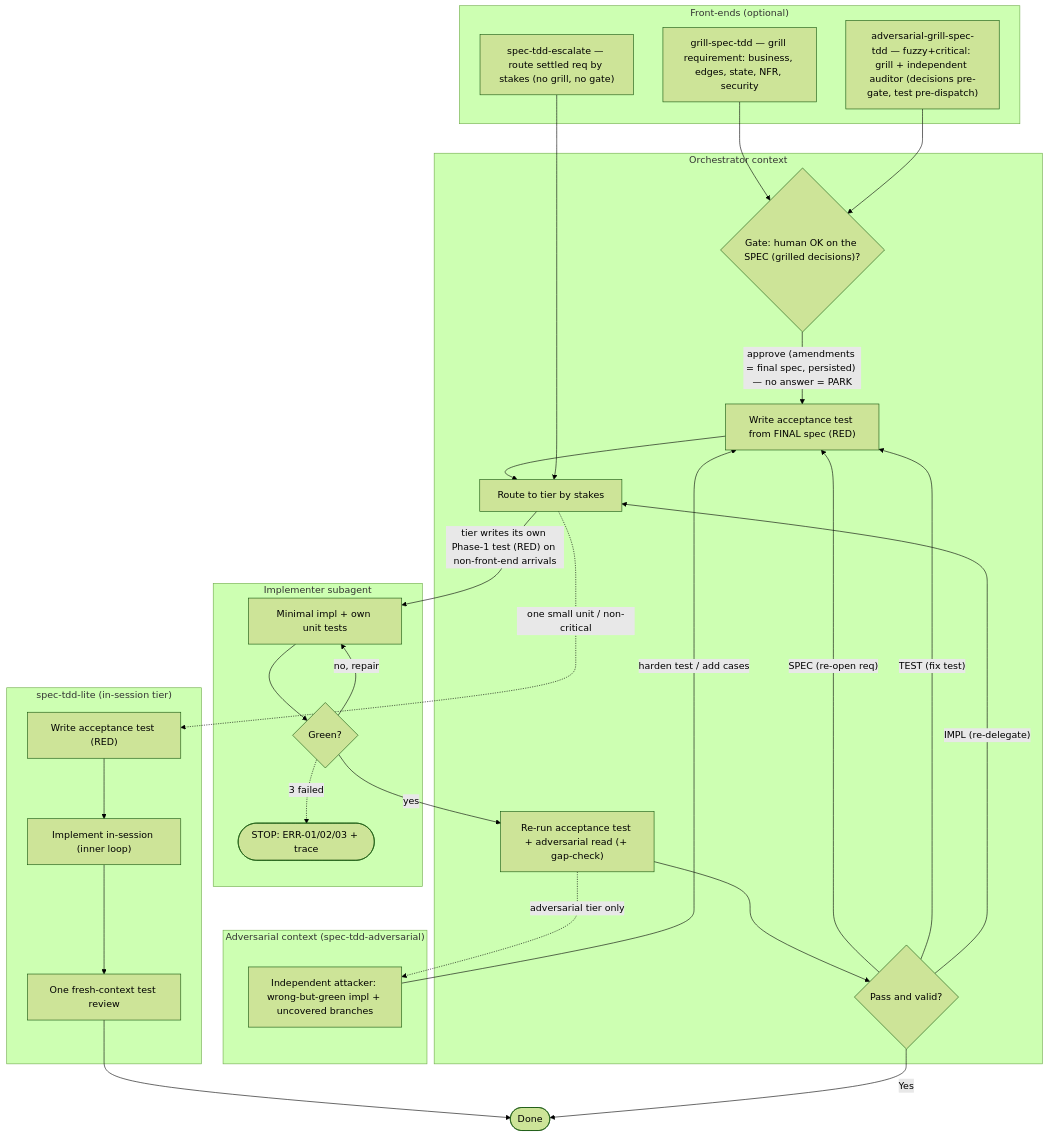
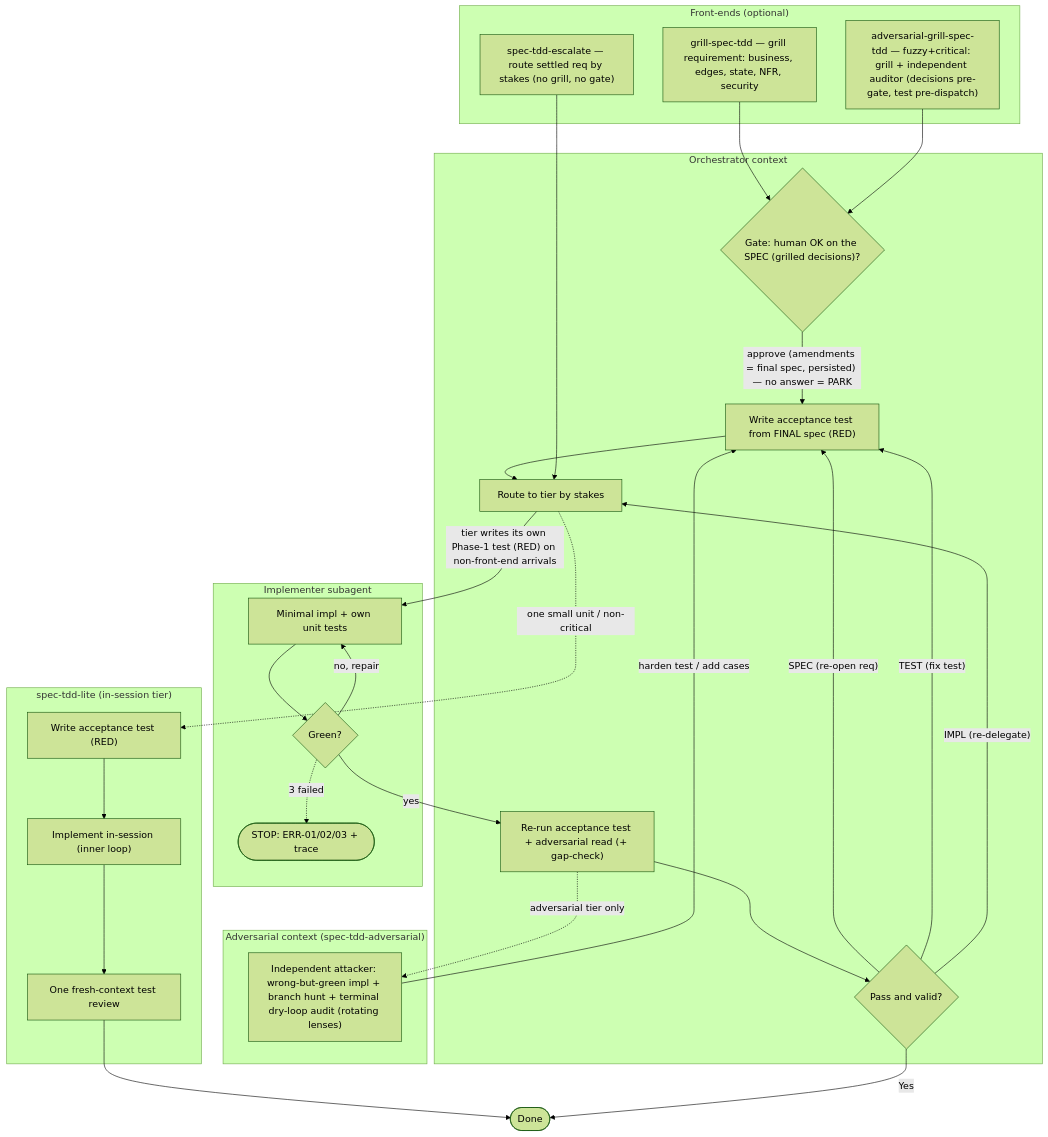
One commit to BenjaminChenLab/spec-tdd-skill changed the second of 2 diagrams in README.md. Above: the diagram before and after it, drawn with Mermaid (forest theme). The commit also changed other lines of this file and 6 other files, not shown here.

````diff
--- a/README.md
+++ b/README.md
@@ -47,54 +47,54 @@
 ```mermaid
 flowchart TD
     subgraph F["Front-ends (optional)"]
         GR["grill-spec-tdd — grill requirement: business, edges, state, NFR, security"]
         AG["adversarial-grill-spec-tdd — fuzzy+critical: grill + independent auditor (decisions pre-gate, test pre-dispatch)"]
         ES["spec-tdd-escalate — route settled req by stakes (no grill, no gate)"]
     end
 
     subgraph O["Orchestrator context"]
         GT{"Gate: human OK on the SPEC (grilled decisions)?"}
         T["Write acceptance test from FINAL spec (RED)"]
         RT["Route to tier by stakes"]
         V["Re-run acceptance test + adversarial read (+ gap-check)"]
         P{"Pass and valid?"}
     end
 
     subgraph I["Implementer subagent"]
         IM["Minimal impl + own unit tests"]
         IC{"Green?"}
         ERR(["STOP: ERR-01/02/03 + trace"])
     end
 
     subgraph ADV["Adversarial context (spec-tdd-adversarial)"]
-        ATK["Independent attacker: wrong-but-green impl + uncovered branches"]
+        ATK["Independent attacker: wrong-but-green impl + branch hunt + terminal dry-loop audit (rotating lenses)"]
     end
 
     subgraph LT["spec-tdd-lite (in-session tier)"]
         LT1["Write acceptance test (RED)"]
         LT2["Implement in-session (inner loop)"]
         LT3["One fresh-context test review"]
     end
 
     GR --> GT
     AG --> GT
     GT -->|"approve (amendments = final spec, persisted) — no answer = PARK"| T
     T --> RT
     ES --> RT
     RT -.->|"one small unit / non-critical"| LT1
     LT1 --> LT2
     LT2 --> LT3
     LT3 --> DONE
     RT -->|"tier writes its own Phase-1 test (RED) on non-front-end arrivals"| IM
     IM --> IC
     IC -->|"no, repair"| IM
     IC -.->|"3 failed"| ERR
     IC -->|yes| V
     V -.->|"adversarial tier only"| ATK
     ATK -->|"harden test / add cases"| T
     V --> P
     P -->|Yes| DONE(["Done"])
     P -->|"SPEC (re-open req)"| T
     P -->|"TEST (fix test)"| T
     P -->|"IMPL (re-delegate)"| RT
 ```
````
